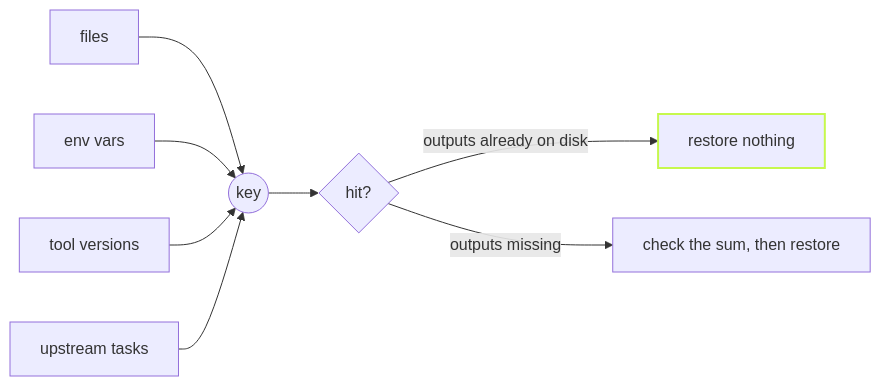
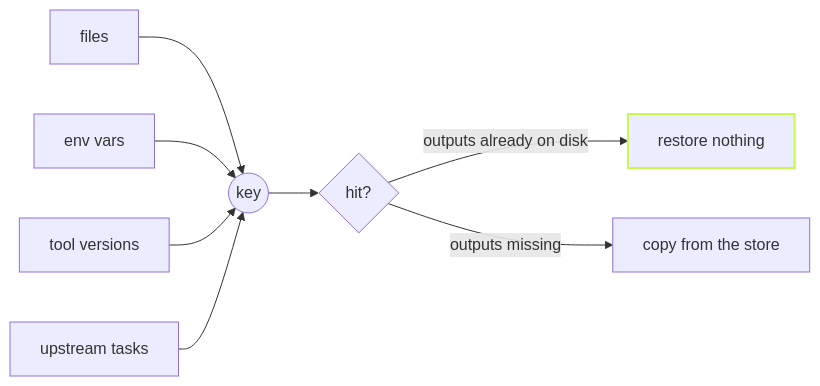
The diagram in packages/vx-docs/src/content/docs/blog/inside-a-cache-hit.md (vznjs/vx), drawn with Mermaid before and after one commit. The commit also changed other lines of this file and 4 other files, not shown here.

````diff
--- a/packages/vx-docs/src/content/docs/blog/inside-a-cache-hit.md
+++ b/packages/vx-docs/src/content/docs/blog/inside-a-cache-hit.md
@@ -15,11 +15,11 @@
 ```mermaid
 flowchart LR
   F[files] --> K((key))
   E[env vars] --> K
   R[tool versions] --> K
   T[upstream tasks] --> K
   K --> H{hit?}
   H -->|outputs already on disk| N[restore nothing]
-  H -->|outputs missing| X[check the sum, then restore]
+  H -->|outputs missing| X[copy from the store]
   style N stroke:#c6f84e,stroke-width:2px
 ```
````
